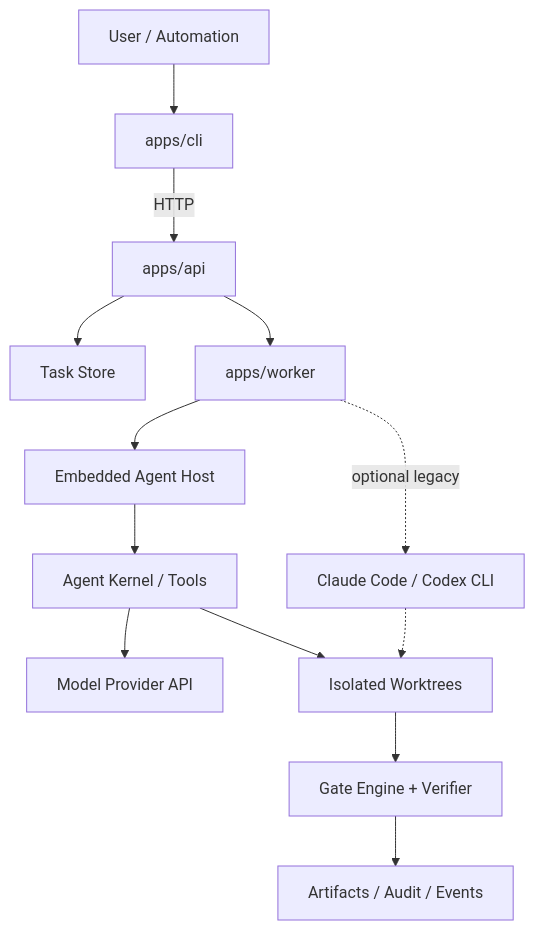
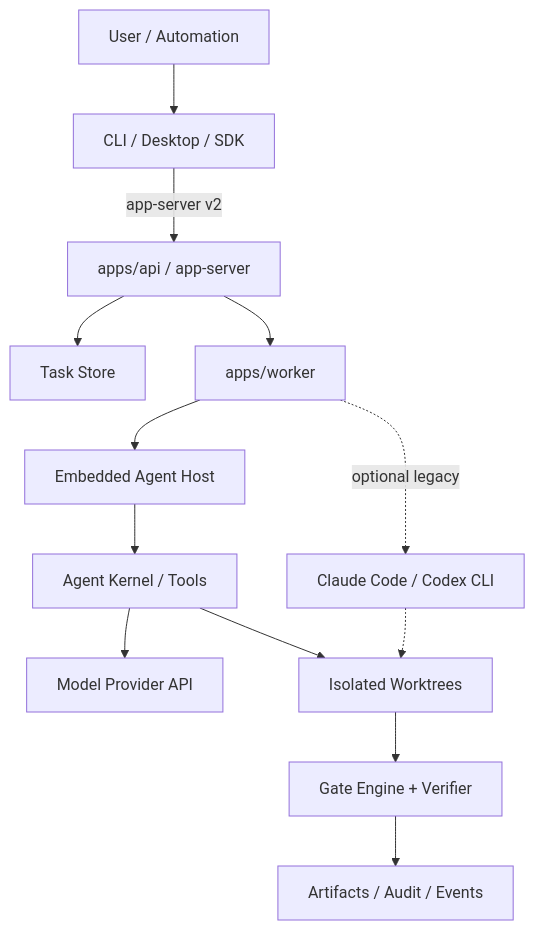
The first of 2 diagrams in docs/TECHNICAL_DESIGN.md (muniu-ai/muniu), drawn with Mermaid before and after one commit. The commit also changed other lines of this file and 98 other files, not shown here.

````diff
--- a/docs/TECHNICAL_DESIGN.md
+++ b/docs/TECHNICAL_DESIGN.md
@@ -25,15 +25,15 @@
 ```mermaid
 flowchart TD
-  user["User / Automation"] --> cli["apps/cli"]
-  cli -- "HTTP" --> api["apps/api"]
+  user["User / Automation"] --> client["CLI / Desktop / SDK"]
+  client -- "app-server v2" --> api["apps/api / app-server"]
   api --> store["Task Store"]
   api --> worker["apps/worker"]
   worker --> host["Embedded Agent Host"]
   host --> kernel["Agent Kernel / Tools"]
   kernel --> model["Model Provider API"]
   kernel --> worktrees["Isolated Worktrees"]
   worker -.->|optional legacy| legacy["Claude Code / Codex CLI"]
   legacy -.-> worktrees
   worktrees --> gates["Gate Engine + Verifier"]
   gates --> audit["Artifacts / Audit / Events"]
 ```
````
